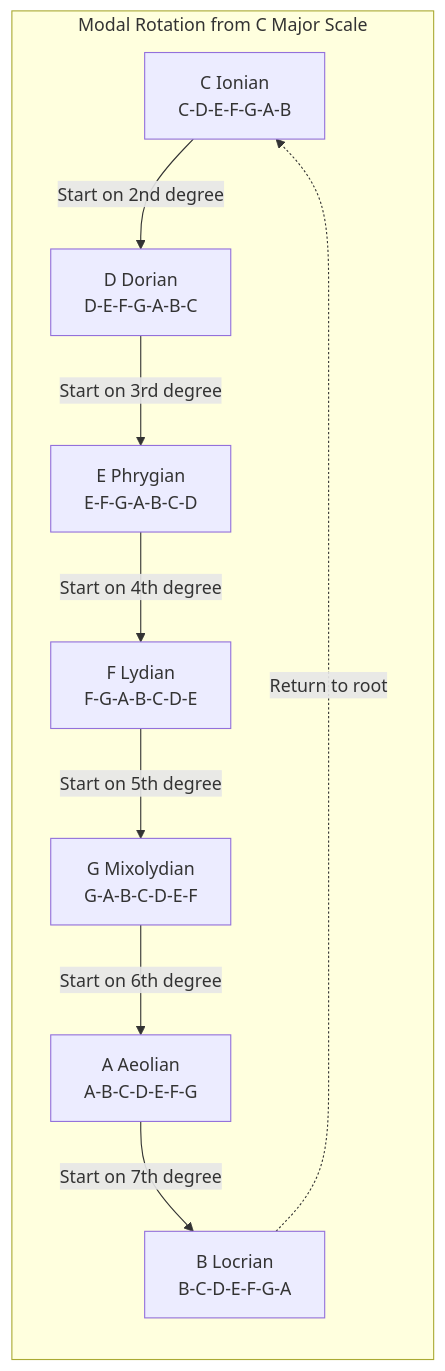
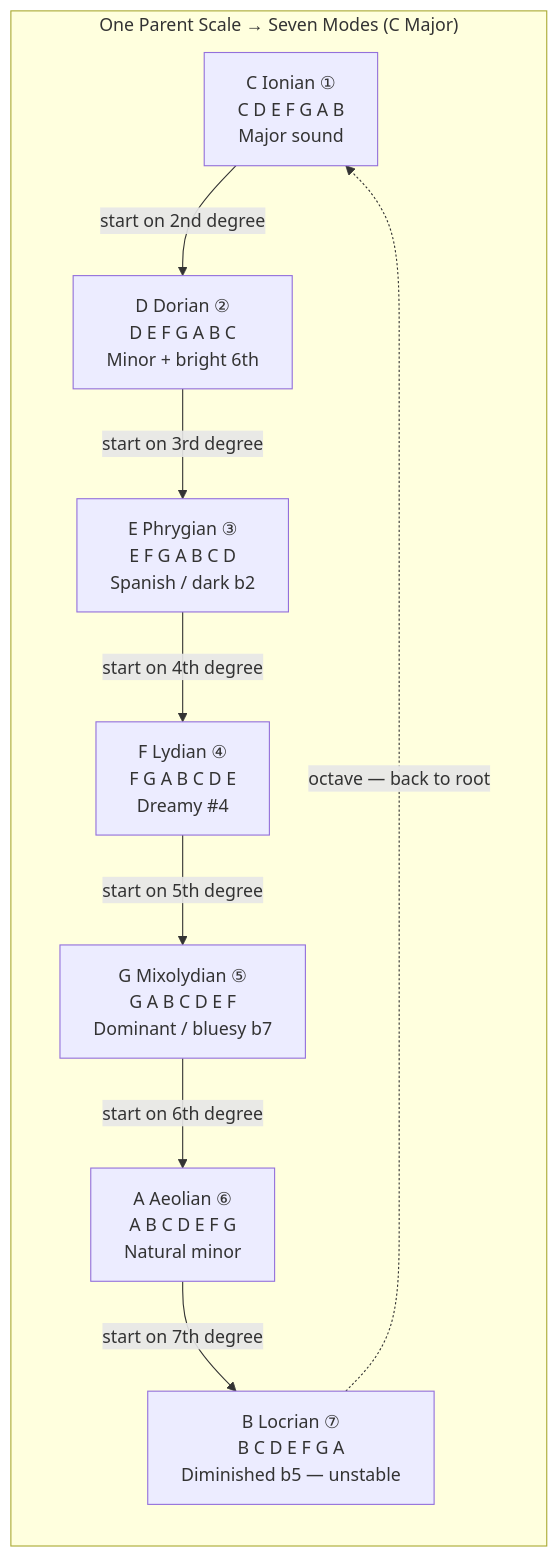
Before and after one commit to blebleblee/synapse: the second of 6 diagrams in topics/arts/music_performance/guitar/lesson_03_scales_and_modes.md, drawn with Mermaid. The commit also changed other lines of this file and 2 other files, not shown here.

````diff
--- a/topics/arts/music_performance/guitar/lesson_03_scales_and_modes.md
+++ b/topics/arts/music_performance/guitar/lesson_03_scales_and_modes.md
@@ -56,12 +37,20 @@
 ```mermaid
 graph LR
-    subgraph sub_modal_rotation_from_c_major_scal ["Modal Rotation from C Major Scale"]
-        A["C Ionian<br/>C-D-E-F-G-A-B"] -->|"Start on 2nd degree"| B["D Dorian<br/>D-E-F-G-A-B-C"]
-        B -->|"Start on 3rd degree"| C["E Phrygian<br/>E-F-G-A-B-C-D"]
-        C -->|"Start on 4th degree"| D["F Lydian<br/>F-G-A-B-C-D-E"]
-        D -->|"Start on 5th degree"| E["G Mixolydian<br/>G-A-B-C-D-E-F"]
-        E -->|"Start on 6th degree"| F["A Aeolian<br/>A-B-C-D-E-F-G"]
-        F -->|"Start on 7th degree"| G["B Locrian<br/>B-C-D-E-F-G-A"]
-        G -.->|"Return to root"| A
+    subgraph sub_modal_rotation ["One Parent Scale → Seven Modes (C Major)"]
+        C["C Ionian ①<br/>C D E F G A B<br/>Major sound"]
+        D["D Dorian ②<br/>D E F G A B C<br/>Minor + bright 6th"]
+        E["E Phrygian ③<br/>E F G A B C D<br/>Spanish / dark b2"]
+        F["F Lydian ④<br/>F G A B C D E<br/>Dreamy #4"]
+        G["G Mixolydian ⑤<br/>G A B C D E F<br/>Dominant / bluesy b7"]
+        A["A Aeolian ⑥<br/>A B C D E F G<br/>Natural minor"]
+        B["B Locrian ⑦<br/>B C D E F G A<br/>Diminished b5 — unstable"]
+
+        C -->|"start on 2nd degree"| D
+        D -->|"start on 3rd degree"| E
+        E -->|"start on 4th degree"| F
+        F -->|"start on 5th degree"| G
+        G -->|"start on 6th degree"| A
+        A -->|"start on 7th degree"| B
+        B -.->|"octave — back to root"| C
     end
 ```
````
